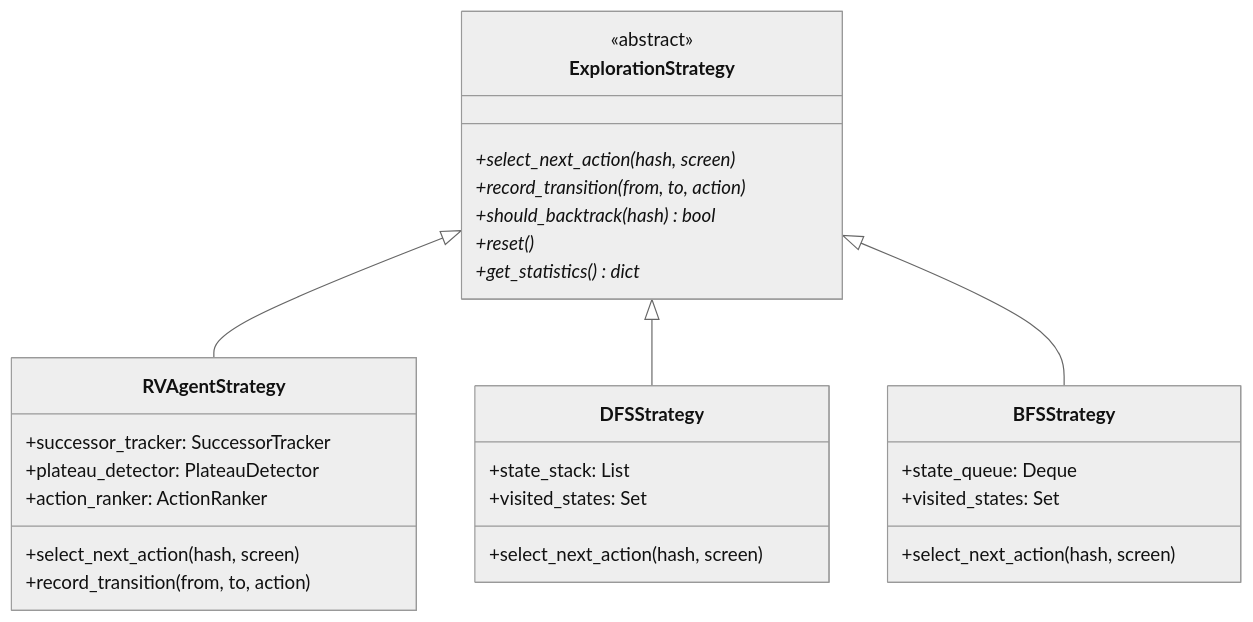
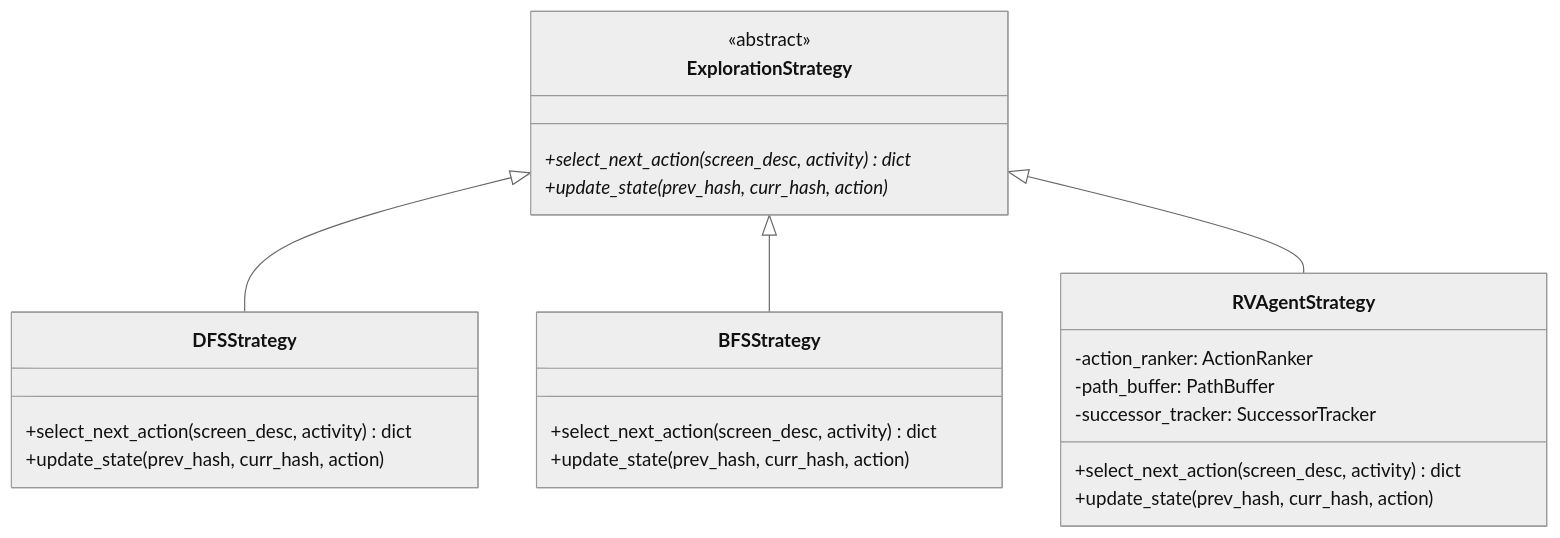
One commit to PAMunb/rvsec changed the fourth of 5 diagrams in rv-android/modules/rv-agent/docs/architecture.md. Above: the diagram before and after it, drawn with Mermaid. The commit also changed other lines of this file and 17 other files, not shown here.

First line of the commit message:
docs(tg5): architecture docs for all 13 modules + aperv spec rewrite + script updates (refs #48)

````diff
--- a/rv-android/modules/rv-agent/docs/architecture.md
+++ b/rv-android/modules/rv-agent/docs/architecture.md
@@ -360,36 +585,31 @@
 ```mermaid
 %%{init: {'theme': 'neutral'}}%%
 classDiagram
     class ExplorationStrategy {
         <<abstract>>
-        +select_next_action(hash, screen)*
-        +record_transition(from, to, action)*
-        +should_backtrack(hash)* bool
-        +reset()*
-        +get_statistics()* dict
+        +select_next_action(screen_desc, activity)* dict
+        +update_state(prev_hash, curr_hash, action)*
+    }
+
+    class DFSStrategy {
+        +select_next_action(screen_desc, activity) dict
+        +update_state(prev_hash, curr_hash, action)
+    }
+
+    class BFSStrategy {
+        +select_next_action(screen_desc, activity) dict
+        +update_state(prev_hash, curr_hash, action)
     }
 
     class RVAgentStrategy {
-        +successor_tracker: SuccessorTracker
-        +plateau_detector: PlateauDetector
-        +action_ranker: ActionRanker
-        +select_next_action(hash, screen)
-        +record_transition(from, to, action)
+        +select_next_action(screen_desc, activity) dict
+        +update_state(prev_hash, curr_hash, action)
+        -action_ranker: ActionRanker
+        -path_buffer: PathBuffer
+        -successor_tracker: SuccessorTracker
     }
 
-    class DFSStrategy {
-        +state_stack: List
-        +visited_states: Set
-        +select_next_action(hash, screen)
-    }
-
-    class BFSStrategy {
-        +state_queue: Deque
-        +visited_states: Set
-        +select_next_action(hash, screen)
-    }
-
-    ExplorationStrategy <|-- RVAgentStrategy
     ExplorationStrategy <|-- DFSStrategy
     ExplorationStrategy <|-- BFSStrategy
+    ExplorationStrategy <|-- RVAgentStrategy
 ```
````
